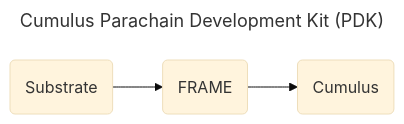
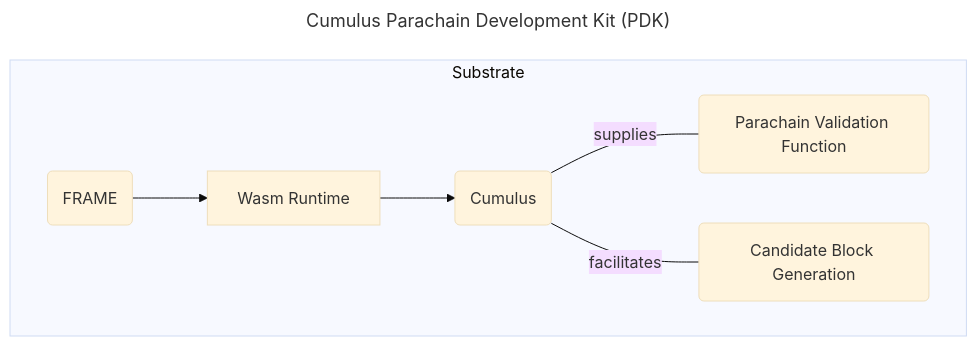
The diagram in docs/Parachain/beginner/section1/parachain.md (w3f/w3f-education), drawn with Mermaid (base theme) before and after one commit. The commit also changed other lines of this file and 3 other files, not shown here.

````diff
--- a/docs/Parachain/beginner/section1/parachain.md
+++ b/docs/Parachain/beginner/section1/parachain.md
@@ -26,7 +26,12 @@
 ```mermaid
 ---
 title: Cumulus Parachain Development Kit (PDK)
 ---
 flowchart LR
-    a(Substrate) --> b(FRAME) --> c(Cumulus)
+    subgraph Substrate
+        direction LR
+        a(FRAME) --> b[Wasm Runtime] --> c(Cumulus)
+        c -- supplies --- pvf("Parachain Validation Function")
+        c -- facilitates --- pov("Candidate Block Generation")
+    end
 ```
````
